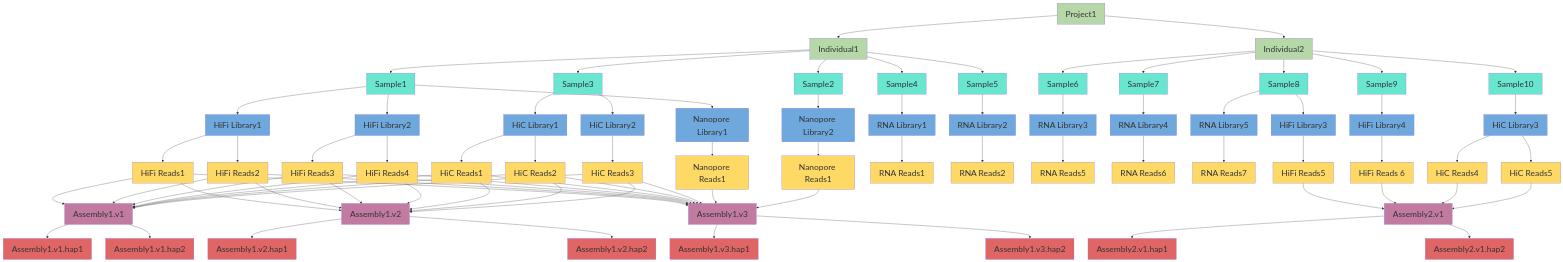
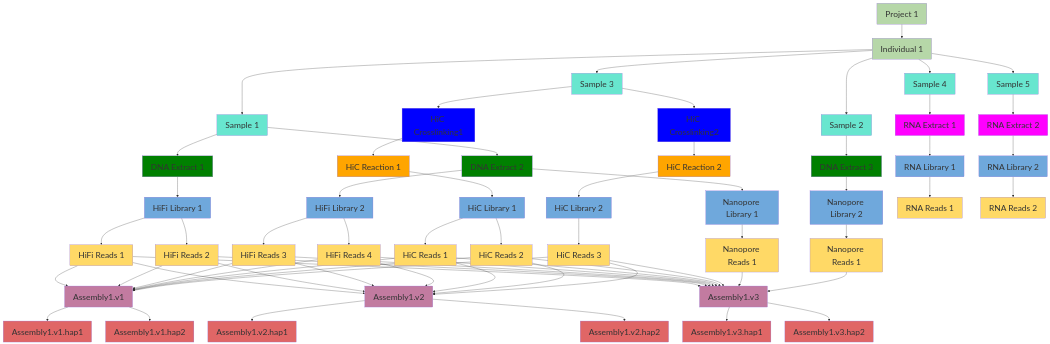
Before and after one commit to mahajrod/YggdrasilProtocols: the first of 2 diagrams in ID/IDscheme.md, drawn with Mermaid.

````diff
--- a/ID/IDscheme.md
+++ b/ID/IDscheme.md
@@ -1,40 +1,52 @@
 ```mermaid
 
 flowchart TD
-    Project[Project1]:::Project --> Individual1[Individual1]:::Individual
-    Project --> Individual2[Individual2]:::Individual
+    Project[Project 1]:::Project --> Individual1[Individual 1]:::Individual
     
-    Individual1 --> Sample1[Sample1]:::Sample
-    Individual1 --> Sample2[Sample2]:::Sample
-    Individual1 --> Sample3[Sample3]:::Sample
-    Individual1 --> Sample4[Sample4]:::Sample
-    Individual1 --> Sample5[Sample5]:::Sample
+    Individual1 --> Sample1[Sample 1]:::Sample
+    Individual1 --> Sample2[Sample 2]:::Sample
+    Individual1 --> Sample3[Sample 3]:::Sample
+    Individual1 --> Sample4[Sample 4]:::Sample
+    Individual1 --> Sample5[Sample 5]:::Sample
     
-    Sample1 --> HiFiLibrary1[HiFi Library1]:::Library
-    Sample1 --> HiFiLibrary2[HiFi Library2]:::Library
-    Sample1 --> NanoporeLibrary1[Nanopore Library1]:::Library
-    Sample2 --> NanoporeLibrary2[Nanopore Library2]:::Library
+    Sample1 --> DNAExtract1[DNA Extract 1]:::DNAExtract
+    Sample1 --> DNAExtract2[DNA Extract 2]:::DNAExtract
+    Sample2 --> DNAExtract3[DNA Extract 3]:::DNAExtract
+    Sample3 --> HiCCrosslinking1["HiC Crosslinking1"]:::HiCCrosslinking 
+    Sample3 --> HiCCrosslinking2["HiC Crosslinking2"]:::HiCCrosslinking
     
-    Sample3 --> HiCLibrary1[HiC Library1]:::Library
-    Sample3 --> HiCLibrary2[HiC Library2]:::Library
-    Sample4 --> RNALibrary1[RNA Library1]:::Library
-    Sample5 --> RNALibrary2[RNA Library2]:::Library
+    Sample4 --> RNAExtract1["RNA Extract 1"]:::RNAExtract
+    Sample5 -->RNAExtract2["RNA Extract 2"]:::RNAExtract
 
-    HiFiLibrary1 --> HiFIReads1[HiFi Reads1]:::Reads 
-    HiFiLibrary1 --> HiFIReads2[HiFi Reads2]:::Reads
     
-    HiFiLibrary2 --> HiFIReads3[HiFi Reads3]:::Reads
-    HiFiLibrary2 --> HiFIReads4[HiFi Reads4]:::Reads
+    DNAExtract1 --> HiFiLibrary1[HiFi Library 1]:::Library
+    DNAExtract2 --> HiFiLibrary2[HiFi Library 2]:::Library
+    DNAExtract2 --> NanoporeLibrary1[Nanopore Library 1]:::Library
+    DNAExtract3 --> NanoporeLibrary2[Nanopore Library 2]:::Library
     
-    NanoporeLibrary1 --> NanoporeReads1[Nanopore Reads1]:::Reads
-    NanoporeLibrary2 --> NanoporeReads2[Nanopore Reads1]:::Reads
+    HiCCrosslinking1 --> HiCReaction1[HiC Reaction 1]:::HiCReaction
+    HiCCrosslinking2 --> HiCReaction2[HiC Reaction 2]:::HiCReaction
+    HiCReaction1 --> HiCLibrary1[HiC Library 1]:::Library
+    HiCReaction2 --> HiCLibrary2[HiC Library 2]:::Library
     
-    HiCLibrary1 --> HiСReads1[HiС Reads1]:::Reads 
-    HiCLibrary1 --> HiСReads2[HiС Reads2]:::Reads
-    HiCLibrary2 --> HiСReads3[HiС Reads3]:::Reads
+    RNAExtract1 --> RNALibrary1[RNA Library 1]:::Library
+    RNAExtract2 --> RNALibrary2[RNA Library 2]:::Library
     
-    RNALibrary1[RNA Library1] -->  RNAReads1[RNA Reads1]:::Reads
-    RNALibrary2[RNA Library2] -->  RNAReads2[RNA Reads2]:::Reads
+    HiFiLibrary1 --> HiFIReads1[HiFi Reads 1]:::Reads 
+    HiFiLibrary1 --> HiFIReads2[HiFi Reads 2]:::Reads
+    
+    HiFiLibrary2 --> HiFIReads3[HiFi Reads 3]:::Reads
+    HiFiLibrary2 --> HiFIReads4[HiFi Reads 4]:::Reads
+    
+    NanoporeLibrary1 --> NanoporeReads1[Nanopore Reads 1]:::Reads
+    NanoporeLibrary2 --> NanoporeReads2[Nanopore Reads 1]:::Reads
+    
+    HiCLibrary1 --> HiСReads1[HiС Reads 1]:::Reads 
+    HiCLibrary1 --> HiСReads2[HiС Reads 2]:::Reads
+    HiCLibrary2 --> HiСReads3[HiС Reads 3]:::Reads
+    
+    RNALibrary1[RNA Library 1] --> RNAReads1[RNA Reads 1]:::Reads
+    RNALibrary2[RNA Library 2] --> RNAReads2[RNA Reads 2]:::Reads
     
     HiFIReads1 --> GenomeAssembly1.v1[Assembly1.v1]:::Assembly
     HiFIReads2 --> GenomeAssembly1.v1[Assembly1.v1]
@@ -73,38 +85,13 @@
     GenomeAssembly1.v3[Assembly1.v3] --> GenomeAssembly1.v3.hap1[Assembly1.v3.hap1]:::Haplotype
     GenomeAssembly1.v3[Assembly1.v3] --> GenomeAssembly1.v3.hap2[Assembly1.v3.hap2]:::Haplotype
     
-    Individual2 --> Sample6[Sample6]:::Sample
-    Individual2 --> Sample7[Sample7]:::Sample
-    Individual2 --> Sample8[Sample8]:::Sample
-    Individual2 --> Sample9[Sample9]:::Sample
-    Individual2 --> Sample10[Sample10]:::Sample
-    
-    Sample6 --> RNALibrary3[RNA Library3]:::Library
-    Sample7 --> RNALibrary4[RNA Library4]:::Library
-    Sample8 --> RNALibrary5[RNA Library5]:::Library
-    Sample8 --> HiFiLibrary3[HiFi Library3]:::Library
-    Sample9 --> HiFiLibrary4[HiFi Library4]:::Library
-    Sample10 --> HiCLibrary3[HiC Library3]:::Library
-    
-    RNALibrary3[RNA Library3] --> RNAReads3[RNA Reads5]:::Reads
-    RNALibrary4[RNA Library4] --> RNAReads4[RNA Reads6]:::Reads
-    RNALibrary5[RNA Library5] --> RNAReads5[RNA Reads7]:::Reads
-    HiFiLibrary3[HiFi Library3] --> HiFIReads5[HiFi Reads5]:::Reads
-    HiFiLibrary4[HiFi Library4] --> HiFIReads6[HiFi Reads 6]:::Reads
-    HiCLibrary3[HiC Library3] --> HiСReads4[HiС Reads4]:::Reads
-    HiCLibrary3[HiC Library3] --> HiСReads5[HiС Reads5]:::Reads
-    
-    HiFIReads5 --> GenomeAssembly2.v1[Assembly2.v1]:::Assembly
-    HiFIReads6 --> GenomeAssembly2.v1[Assembly2.v1]:::Assembly
-    HiСReads4 --> GenomeAssembly2.v1[Assembly2.v1]:::Assembly
-    HiСReads5 --> GenomeAssembly2.v1[Assembly2.v1]:::Assembly
-    
-    GenomeAssembly2.v1 --> GenomeAssembly2.v1.hap1[Assembly2.v1.hap1]:::Haplotype
-    GenomeAssembly2.v1 --> GenomeAssembly2.v1.hap2[Assembly2.v1.hap2]:::Haplotype
-    
     classDef Project fill:#b6d7a8,font-color:black,font-size:30
     classDef Individual fill:#b6d7a8,font-color:black,font-size:30
     classDef Sample fill:#68E6CF,font-color:black,font-size:30
+    classDef DNAExtract fill:green,font-color:black,font-size:30
+    classDef HiCCrosslinking fill:blue,font-color:black,font-size:30
+    classDef HiCReaction fill:orange,font-color:black,font-size:30
+    classDef RNAExtract fill:magenta,font-color:black,font-size:30
     classDef Library fill:#6fa8dc,font-color:black,font-size:30
     classDef Reads fill:#ffd966,font-color:black,font-size:30
     classDef Assembly fill:#c27ba0,font-color:black,font-size:30
````
